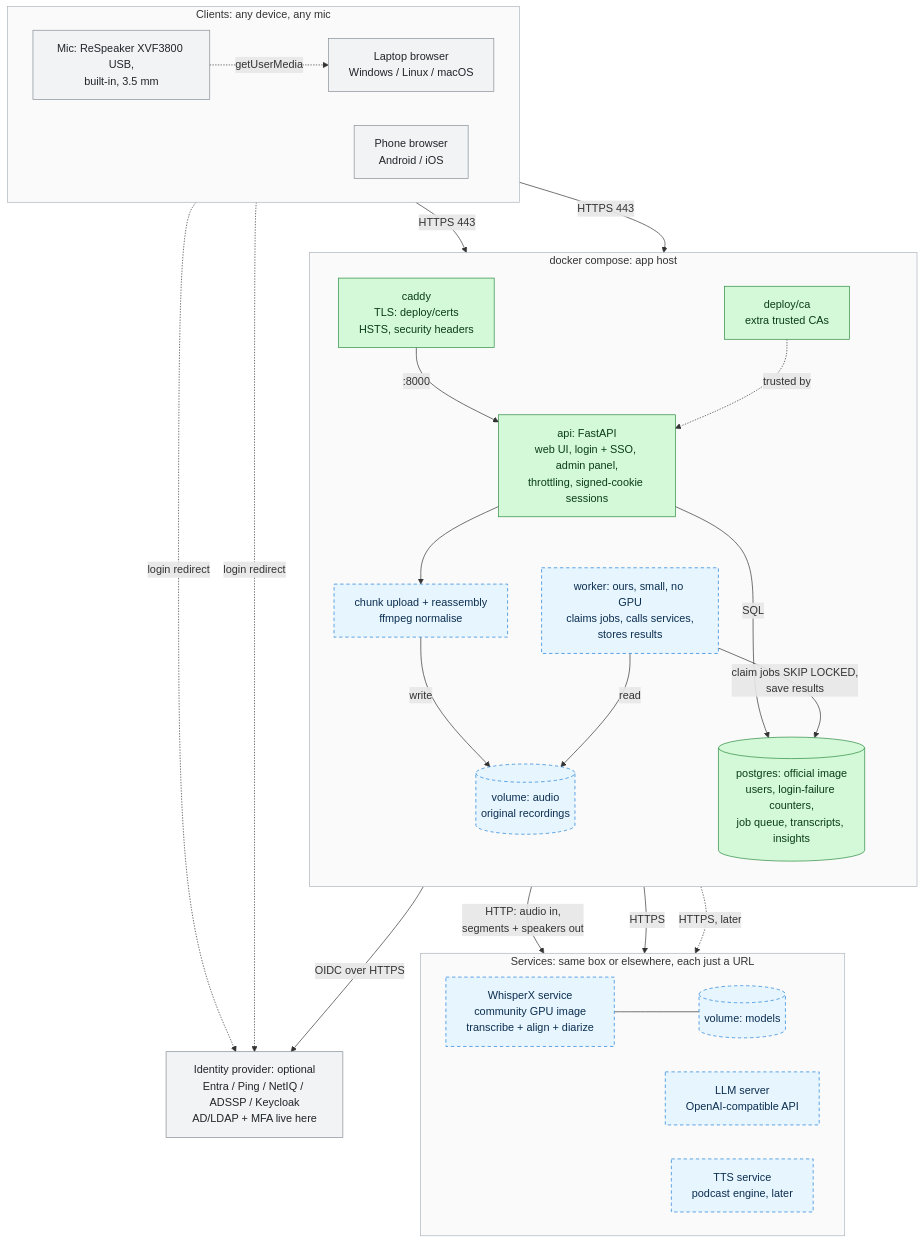
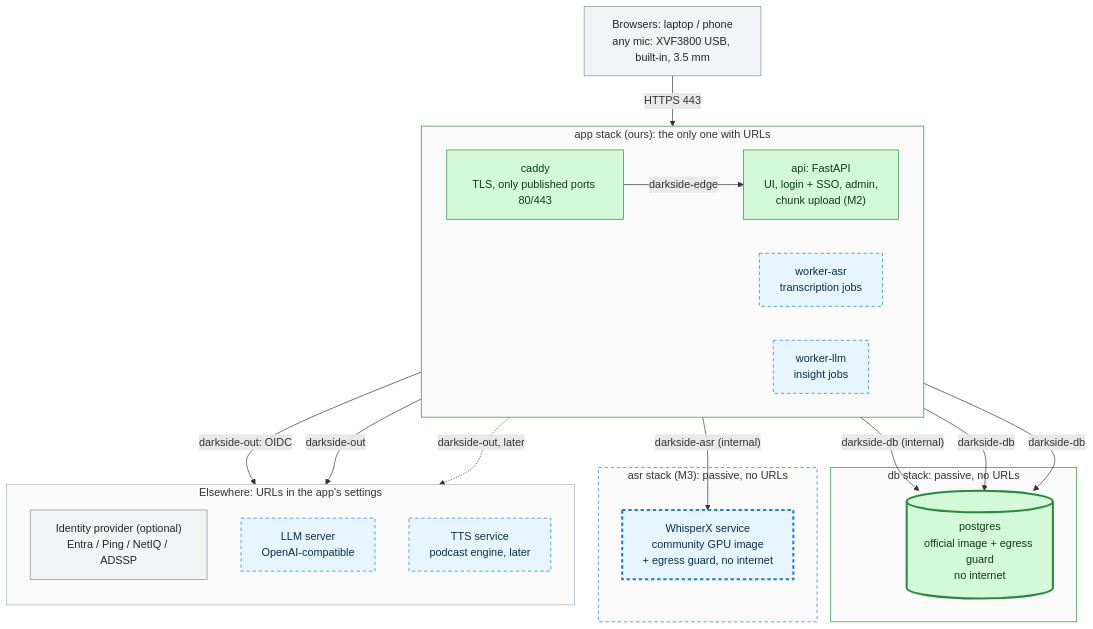
Before and after one commit to enginoner-alt/somethingsomethingsomethingdarkside: the first of 7 diagrams in docs/DIAGRAMS.md, drawn with Mermaid. The commit also changed other lines of this file and 15 other files, not shown here.

````diff
--- a/docs/DIAGRAMS.md
+++ b/docs/DIAGRAMS.md
@@ -15,60 +17,52 @@
 ```mermaid
 flowchart TB
-    subgraph clients["Clients: any device, any mic"]
+    browsers["Browsers: laptop / phone<br/>any mic: XVF3800 USB, built-in, 3.5 mm"]
+
+    subgraph appstack["app stack (ours): the only one with URLs"]
         direction LR
-        mic["Mic: ReSpeaker XVF3800 USB,<br/>built-in, 3.5 mm"]
-        laptop["Laptop browser<br/>Windows / Linux / macOS"]
-        phone["Phone browser<br/>Android / iOS"]
-        mic -. "getUserMedia" .-> laptop
+        caddy["caddy<br/>TLS, only published ports 80/443"]
+        api["api: FastAPI<br/>UI, login + SSO, admin,<br/>chunk upload (M2)"]
+        wasr["worker-asr<br/>transcription jobs"]
+        wllm["worker-llm<br/>insight jobs"]
+        caddy -- "darkside-edge" --> api
     end
 
-    idp["Identity provider: optional<br/>Entra / Ping / NetIQ / ADSSP / Keycloak<br/>AD/LDAP + MFA live here"]
-
-    subgraph host["docker compose: app host"]
-        direction TB
-        caddy["caddy<br/>TLS: deploy/certs<br/>HSTS, security headers"]
-        ca["deploy/ca<br/>extra trusted CAs"]
-        api["api: FastAPI<br/>web UI, login + SSO, admin panel,<br/>throttling, signed-cookie sessions"]
-        upload["chunk upload + reassembly<br/>ffmpeg normalise"]
-        pg[("postgres: official image<br/>users, login-failure counters,<br/>job queue, transcripts, insights")]
-        audio[("volume: audio<br/>original recordings")]
-        worker["worker: ours, small, no GPU<br/>claims jobs, calls services,<br/>stores results"]
-
-        caddy -- ":8000" --> api
-        ca -. "trusted by" .-> api
-        api --> upload
-        upload -- "write" --> audio
-        api -- "SQL" --> pg
-        worker -- "claim jobs SKIP LOCKED,<br/>save results" --> pg
-        worker -- "read" --> audio
+    subgraph dbstack["db stack: passive, no URLs"]
+        pg[("postgres<br/>official image + egress guard<br/>no internet")]
     end
 
-    subgraph services["Services: same box or elsewhere, each just a URL"]
-        direction LR
-        asr["WhisperX service<br/>community GPU image<br/>transcribe + align + diarize"]
-        models[("volume: models")]
-        llm["LLM server<br/>OpenAI-compatible API"]
-        tts["TTS service<br/>podcast engine, later"]
-        asr --- models
+    subgraph asrstack["asr stack (M3): passive, no URLs"]
+        asr["WhisperX service<br/>community GPU image<br/>+ egress guard, no internet"]
     end
 
-    laptop -- "HTTPS 443" --> caddy
-    phone -- "HTTPS 443" --> caddy
-    laptop -. "login redirect" .-> idp
-    phone -. "login redirect" .-> idp
-    api -- "OIDC over HTTPS" --> idp
-    worker -- "HTTP: audio in,<br/>segments + speakers out" --> asr
-    worker -- "HTTPS" --> llm
-    worker -. "HTTPS, later" .-> tts
+    subgraph ext["Elsewhere: URLs in the app's settings"]
+        direction TB
+        idp["Identity provider (optional)<br/>Entra / Ping / NetIQ / ADSSP"]
+        llm["LLM server<br/>OpenAI-compatible"]
+        tts["TTS service<br/>podcast engine, later"]
+    end
+
+    browsers -- "HTTPS 443" --> caddy
+    api -- "darkside-db (internal)" --> pg
+    wasr -- "darkside-db" --> pg
+    wllm -- "darkside-db" --> pg
+    wasr -- "darkside-asr (internal)" --> asr
+    api -- "darkside-out: OIDC" --> idp
+    wllm -- "darkside-out" --> llm
+    wllm -. "darkside-out, later" .-> tts
 
     classDef built fill:#d3f9d8,stroke:#2b8a3e,color:#0b3d17
     classDef planned fill:#e7f5ff,stroke:#1c7ed6,stroke-dasharray:5 4,color:#0b2e4f
     classDef external fill:#f1f3f5,stroke:#868e96,color:#212529
-    class caddy,api,pg,ca built
-    class upload,audio,worker planned
-    class asr,models,llm,tts planned
-    class idp,phone,laptop,mic external
-    style clients fill:#fafafa,stroke:#adb5bd
-    style host fill:#fafafa,stroke:#adb5bd
-    style services fill:#fafafa,stroke:#adb5bd
+    classDef guarded fill:#d3f9d8,stroke:#2b8a3e,stroke-width:3px,color:#0b3d17
+    classDef guardedPlanned fill:#e7f5ff,stroke:#1c7ed6,stroke-width:3px,stroke-dasharray:5 4,color:#0b2e4f
+    class caddy,api built
+    class pg guarded
+    class asr guardedPlanned
+    class wasr,wllm,llm,tts planned
+    class idp,browsers external
+    style appstack fill:#fafafa,stroke:#2b8a3e
+    style dbstack fill:#fafafa,stroke:#2b8a3e
+    style asrstack fill:#fafafa,stroke:#1c7ed6,stroke-dasharray:5 4
+    style ext fill:#fafafa,stroke:#adb5bd
 ```
````
